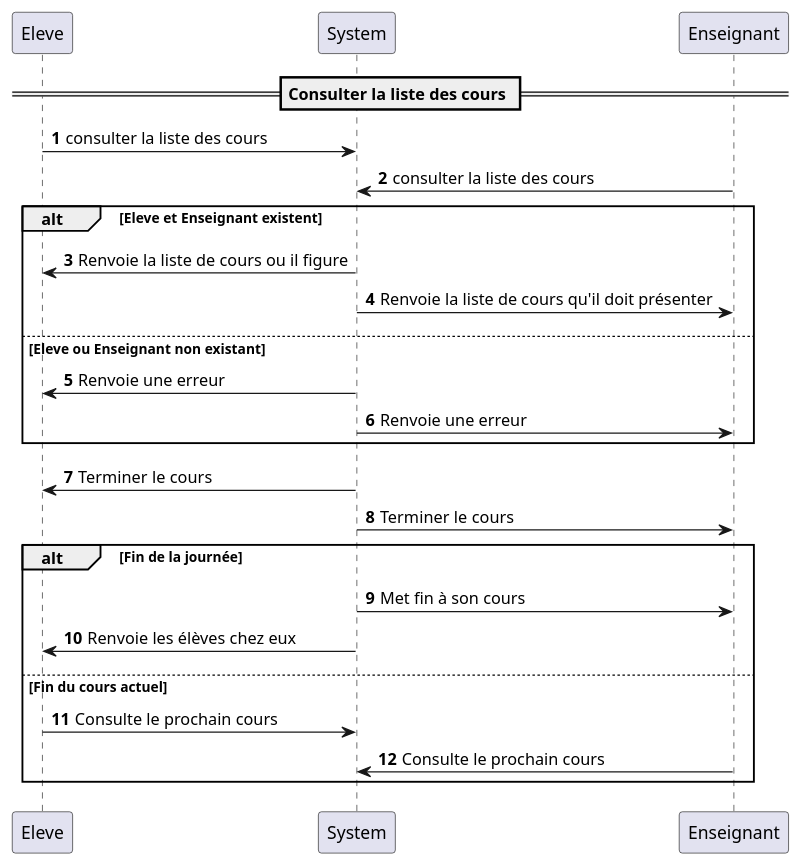
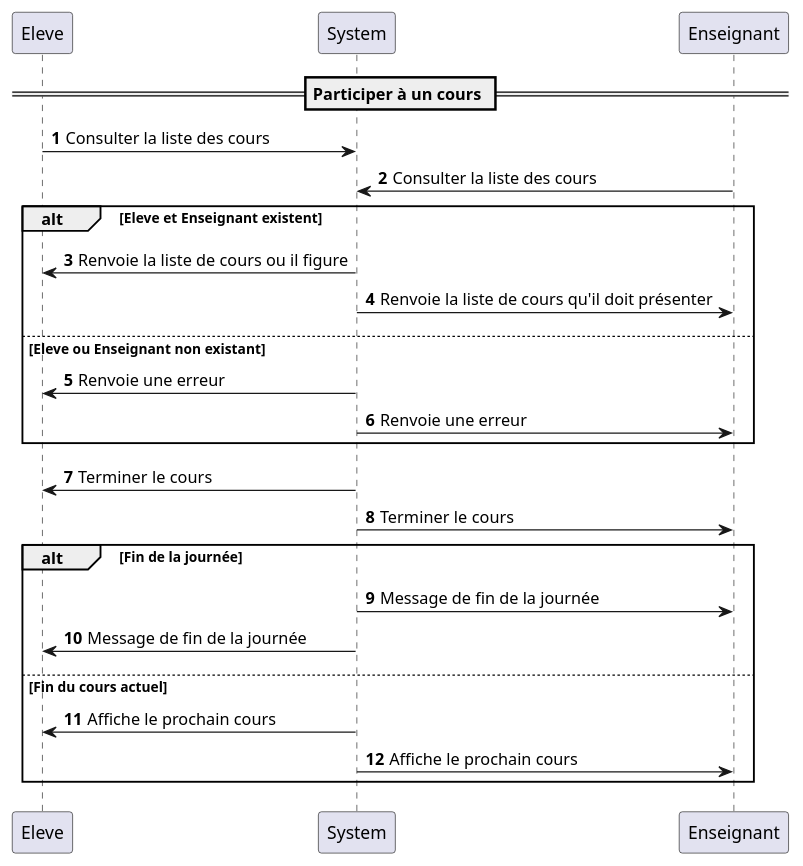
Before and after one commit to KMorere/school_uml: the diagram in sequence-class.puml, drawn with PlantUML. The commit also changed 1 other file, not shown here.

Commit message:
Added Application sequence diagram.

```diff
--- a/sequence-class.puml
+++ b/sequence-class.puml
@@ -1,30 +1,30 @@
 @startuml
 'https://plantuml.com/sequence-diagram
 
 autonumber
 
 !pragma teoz true
 !pragma sequenceMessageSpan true
 
-== Consulter la liste des cours ==
+== Participer à un cours ==
 
-Eleve -> System: consulter la liste des cours
-Enseignant -> System: consulter la liste des cours
+Eleve -> System: Consulter la liste des cours
+Enseignant -> System: Consulter la liste des cours
 alt Eleve et Enseignant existent
     System -> Eleve: Renvoie la liste de cours ou il figure
     System -> Enseignant: Renvoie la liste de cours qu'il doit présenter
 else Eleve ou Enseignant non existant
     System -> Eleve: Renvoie une erreur
     System -> Enseignant: Renvoie une erreur
 end
 
 System -> Eleve : Terminer le cours
 System -> Enseignant : Terminer le cours
 alt Fin de la journée
-    System -> Enseignant : Met fin à son cours
-    System -> Eleve : Renvoie les élèves chez eux
+    System -> Enseignant : Message de fin de la journée
+    System -> Eleve : Message de fin de la journée
 else Fin du cours actuel
-    Eleve -> System : Consulte le prochain cours
-    Enseignant -> System : Consulte le prochain cours
+    Eleve <- System : Affiche le prochain cours
+    Enseignant <- System : Affiche le prochain cours
 
 @enduml
```
